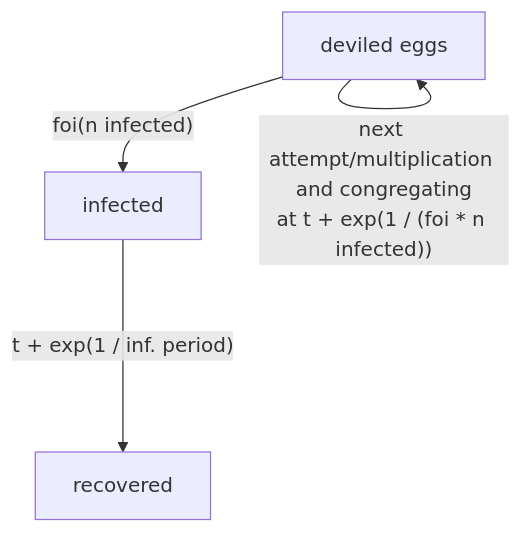
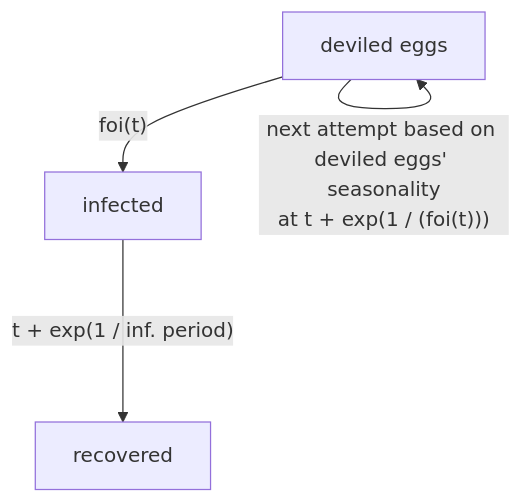
Before and after one commit to CDCgov/ixa: the first of 3 diagrams in examples/infection-by-group/README.md, drawn with Mermaid. The commit also changed other lines of this file, not shown here.

````diff
--- a/examples/infection-by-group/README.md
+++ b/examples/infection-by-group/README.md
@@ -13,6 +13,6 @@
 ```mermaid
 flowchart TD
-A[deviled eggs]--foi(n infected)-->infected;
-A[deviled eggs]--next attempt/multiplication and congregating\nat t + exp(1 / (foi * n infected))-->A[deviled eggs]
+A[deviled eggs]--foi(t)-->infected;
+A[deviled eggs]--next attempt based on deviled eggs' seasonality\nat t + exp(1 / (foi(t)))-->A[deviled eggs]
 infected--t + exp(1 / inf. period)-->recovered;
 ```
````
